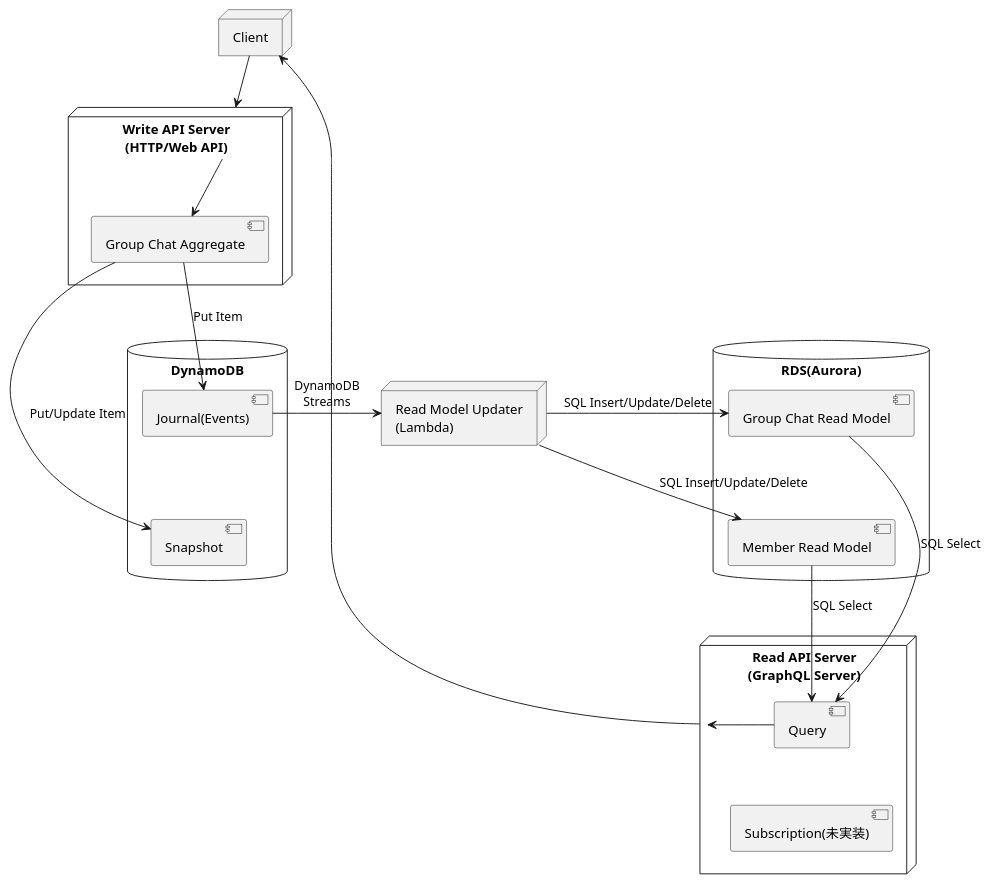
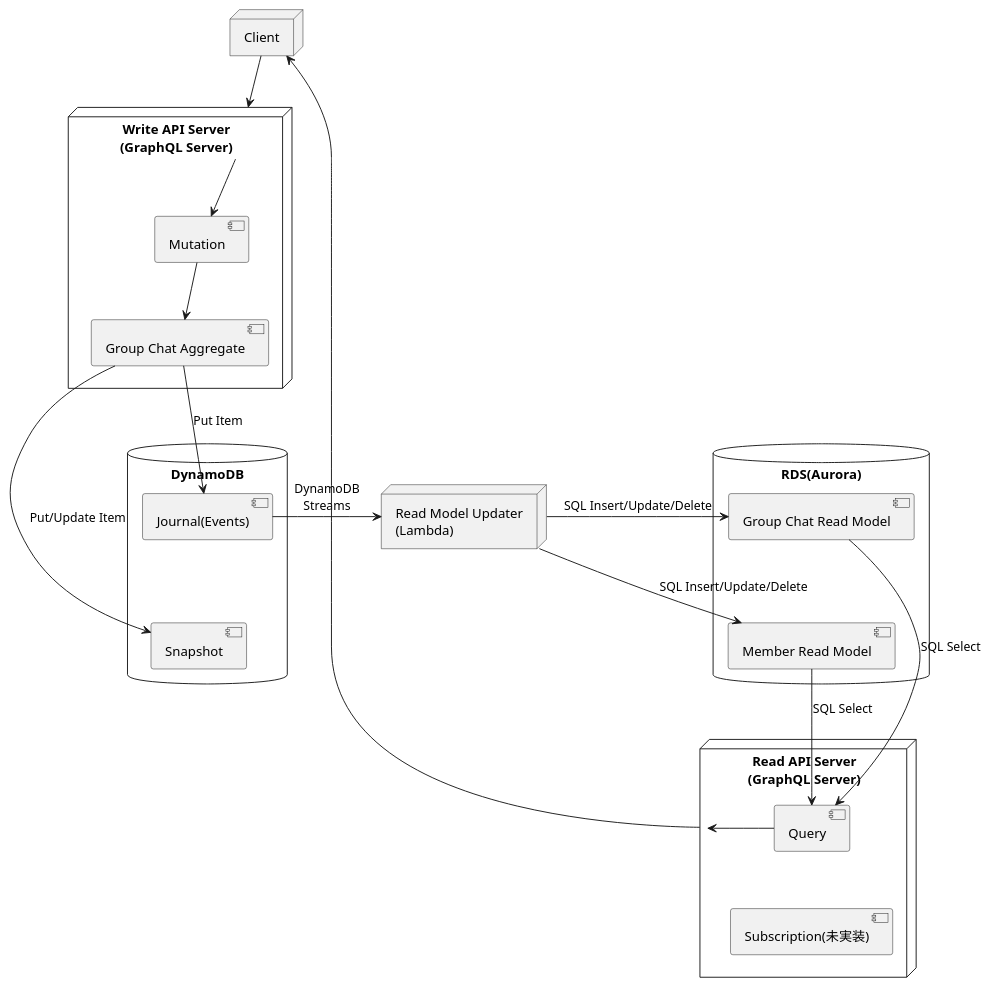
Before and after one commit to j5ik2o/cqrs-es-example-rs: the diagram in docs/system-layout.puml, drawn with PlantUML. The commit also changed 2 other files, not shown here.

```diff
--- a/docs/system-layout.puml
+++ b/docs/system-layout.puml
@@ -1,50 +1,52 @@
 @startuml
 'https://plantuml.com/component-diagram
 
 node "Client" as client {
 }
 
-node "Write API Server\n(HTTP/Web API)" as writeAPI {
+node "Write API Server\n(GraphQL Server)" as writeAPI {
+    [Mutation] as mutation
     [Group Chat Aggregate] as groupChatAggregate
 }
 
 node "Read API Server\n(GraphQL Server)" as readAPI {
     [Query] as query
     [Subscription(未実装)] as subscripton
 }
 
 node "Read Model Updater\n(Lambda)" as updater {
 }
 
 database "DynamoDB" {
     [Journal(Events)] as journal
     [Snapshot] as snapshot
 }
 
 database "RDS(Aurora)" {
   [Group Chat Read Model] as groupChat
   [Member Read Model] as member
 }
 
 journal -[hidden]- snapshot
 groupChat -[hidden]- member
 query -[hidden]- subscripton
 
-writeAPI -d-> groupChatAggregate
+writeAPI -d-> mutation
+mutation -d-> groupChatAggregate
 
 groupChatAggregate -d-> journal: Put Item
 groupChatAggregate -d-> snapshot: Put/Update Item
 
 journal -r-> updater: DynamoDB\nStreams
 
 updater -r-> groupChat: SQL Insert/Update/Delete
 updater -r-> member: SQL Insert/Update/Delete
 
 groupChat --> query: SQL Select
 member --> query: SQL Select
 query -> readAPI
 
 client -d-> writeAPI
 client <-r- readAPI
 
 @enduml
```
